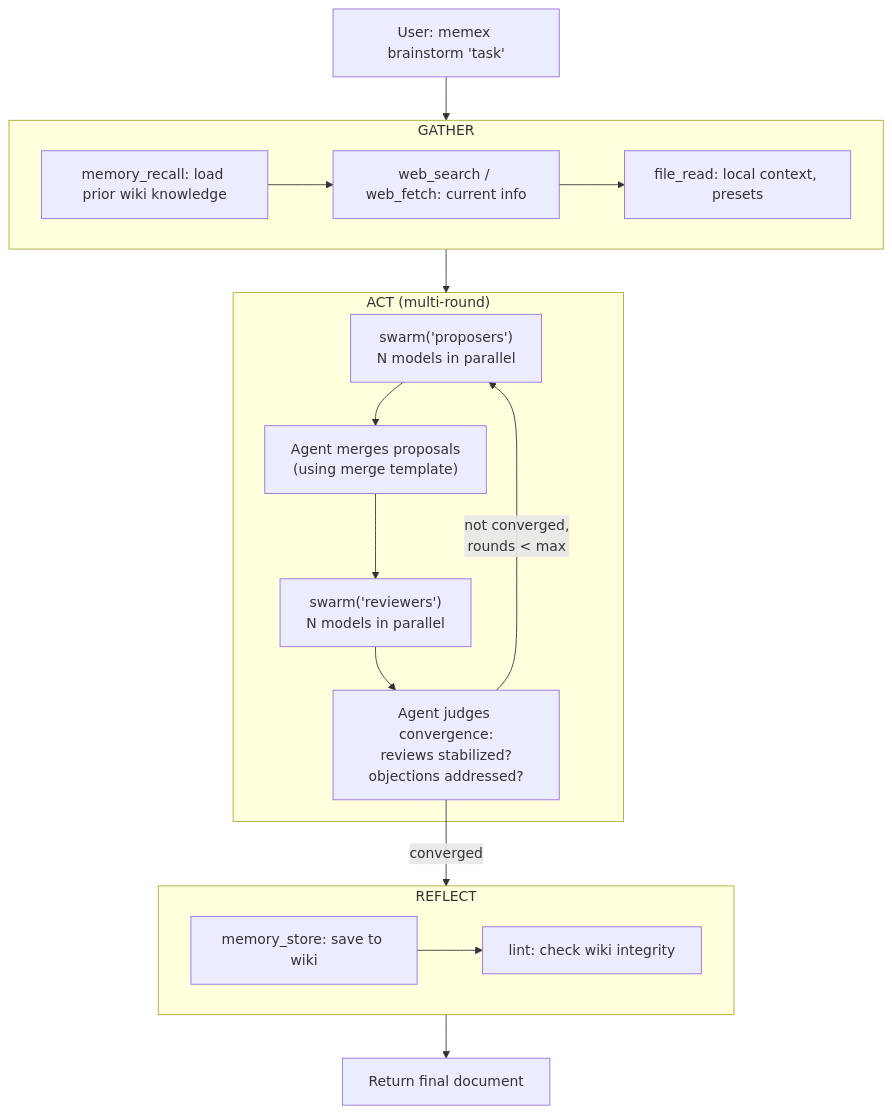
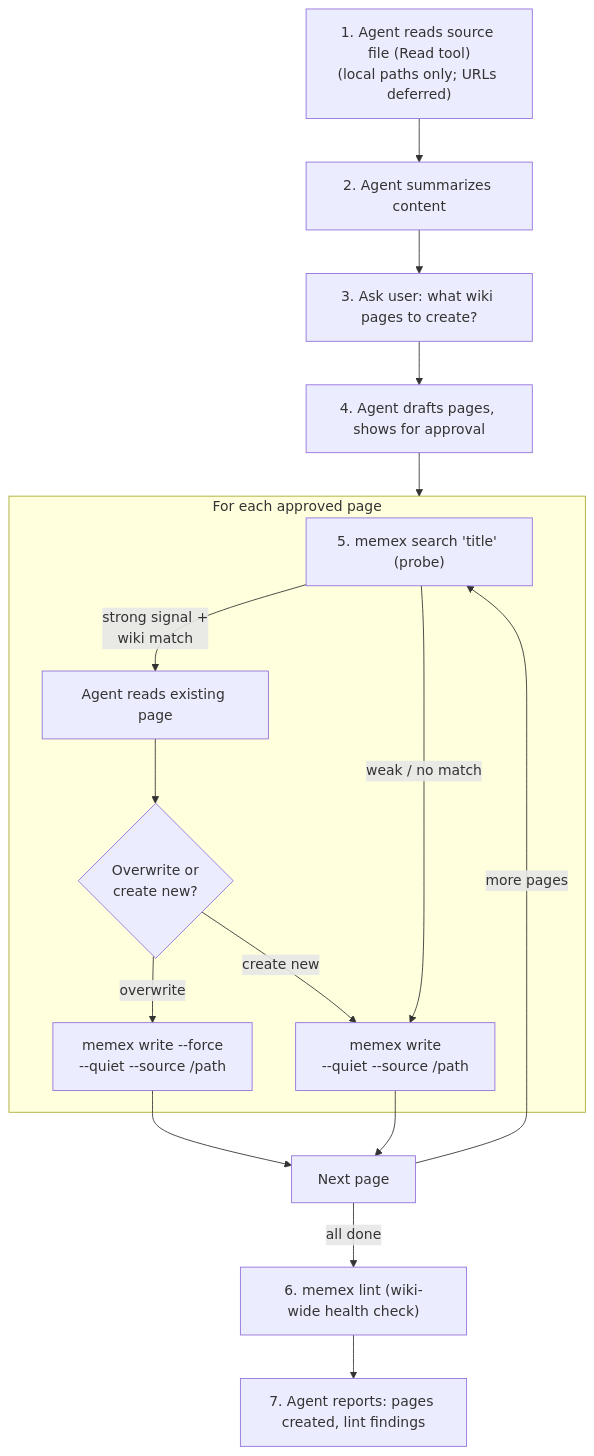
The seventh of 8 diagrams in docs/superpowers/specs/2026-04-07-memex-design.md (xiongzubiao/memex), drawn with Mermaid before and after one commit. The commit also changed other lines of this file and 105 other files, not shown here.

First line of the commit message:
feat: plugin architecture for personal wiki engine with vector search

````diff
--- a/docs/superpowers/specs/2026-04-07-memex-design.md
+++ b/docs/superpowers/specs/2026-04-07-memex-design.md
@@ -738,33 +699,24 @@
 ```mermaid
 graph TD
-    START["User: memex brainstorm 'task'"] --> GATHER
+    S1["1. Agent reads source file (Read tool)<br/>(local paths only; URLs deferred)"]
+    S1 --> S2["2. Agent summarizes content"]
+    S2 --> S3["3. Ask user: what wiki pages to create?"]
+    S3 --> S4["4. Agent drafts pages, shows for approval"]
+    S4 --> Loop
 
-    subgraph GATHER ["GATHER"]
-        G1["memory_recall: load prior wiki knowledge"]
-        G2["web_search / web_fetch: current info"]
-        G3["file_read: local context, presets"]
-        G1 --> G2 --> G3
+    subgraph Loop["For each approved page"]
+        Search["5. memex search 'title' (probe)"]
+        Search -->|"strong signal +<br/>wiki match"| Read["Agent reads existing page"]
+        Search -->|"weak / no match"| Create
+
+        Read --> Decide{"Overwrite or<br/>create new?"}
+        Decide -->|overwrite| Force["memex write --force<br/>--quiet --source /path"]
+        Decide -->|create new| Create["memex write<br/>--quiet --source /path"]
     end
 
-    GATHER --> ACT
-
-    subgraph ACT ["ACT (multi-round)"]
-        PROPOSE["swarm('proposers')<br/>N models in parallel"]
-        MERGE["Agent merges proposals<br/>(using merge template)"]
-        REVIEW["swarm('reviewers')<br/>N models in parallel"]
-        JUDGE["Agent judges convergence:<br/>reviews stabilized?<br/>objections addressed?"]
-
-        PROPOSE --> MERGE --> REVIEW --> JUDGE
-        JUDGE -->|"not converged,<br/>rounds < max"| PROPOSE
-    end
-
-    JUDGE -->|converged| REFLECT
-
-    subgraph REFLECT ["REFLECT"]
-        STORE["memory_store: save to wiki"]
-        LINT3["lint: check wiki integrity"]
-        STORE --> LINT3
-    end
-
-    REFLECT --> DONE["Return final document"]
+    Force --> Next["Next page"]
+    Create --> Next
+    Next -->|"more pages"| Search
+    Next -->|"all done"| Lint["6. memex lint (wiki-wide health check)"]
+    Lint --> Report["7. Agent reports: pages created, lint findings"]
 ```
````
